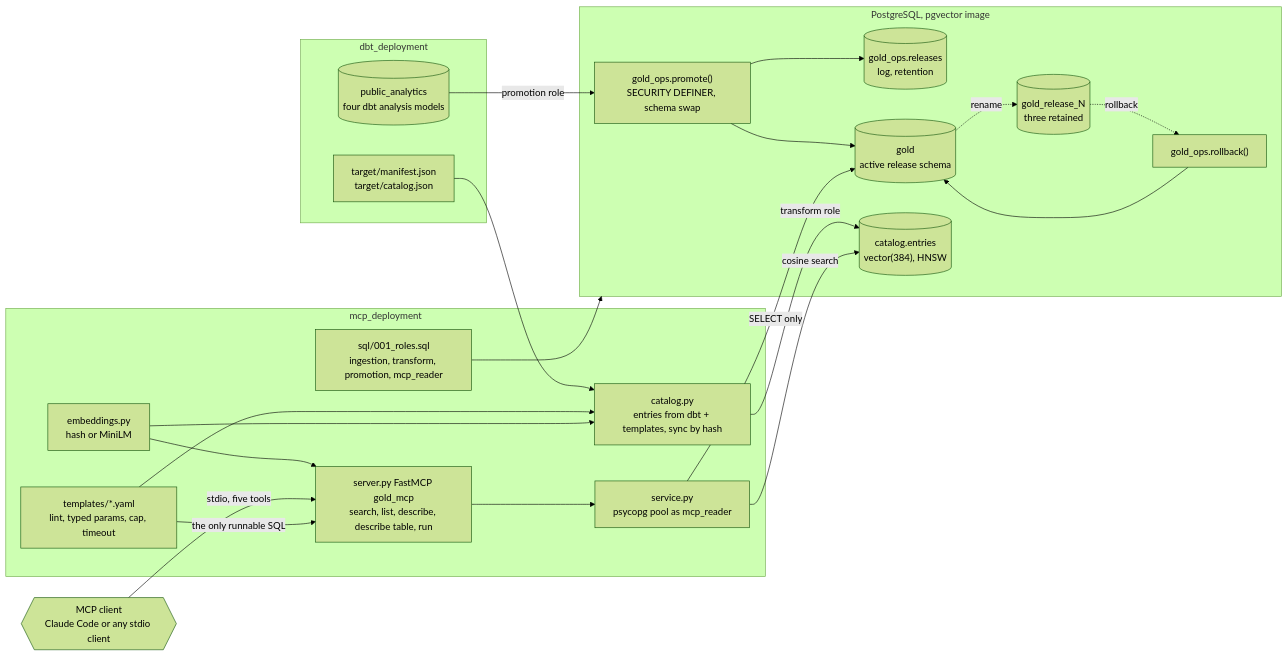
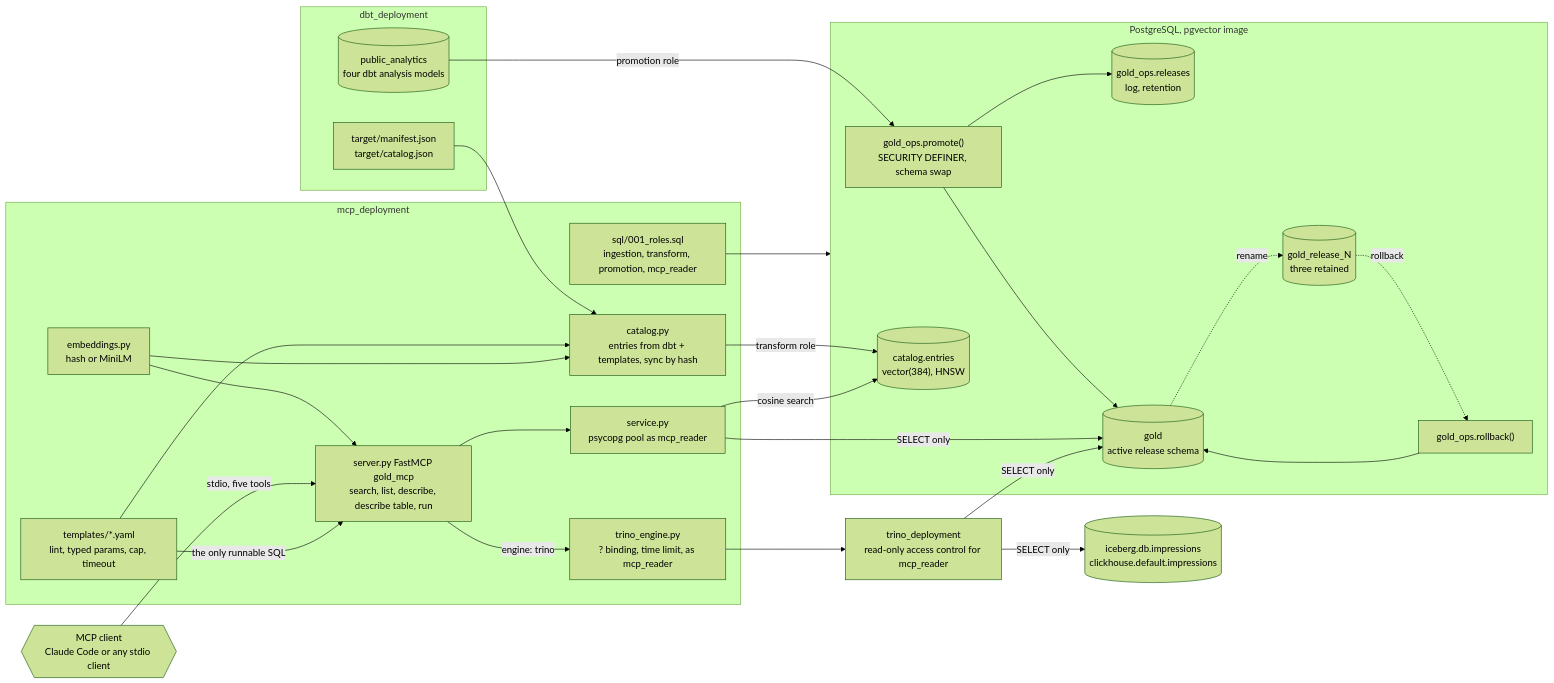
Before and after one commit to rubinder/data_processing: the diagram in mcp_deployment/README.md, drawn with Mermaid (forest theme). The commit also changed other lines of this file and 32 other files, not shown here.

First line of the commit message:
Trino: ClickHouse catalog with a three-way reconciliation; Trino as a second engine behind the MCP templates

````diff
--- a/mcp_deployment/README.md
+++ b/mcp_deployment/README.md
@@ -26,40 +26,46 @@
 ```mermaid
 flowchart LR
     subgraph dbtmod["dbt_deployment"]
         analytics[("public_analytics<br/>four dbt analysis models")]
         manifest["target/manifest.json<br/>target/catalog.json"]
     end
     subgraph pg["PostgreSQL, pgvector image"]
         promote["gold_ops.promote()<br/>SECURITY DEFINER, schema swap"]
         rollback["gold_ops.rollback()"]
         releases[("gold_ops.releases<br/>log, retention")]
         gold[("gold<br/>active release schema")]
         prev[("gold_release_N<br/>three retained")]
         entries[("catalog.entries<br/>vector(384), HNSW")]
     end
     subgraph module["mcp_deployment"]
         roles["sql/001_roles.sql<br/>ingestion, transform, promotion, mcp_reader"]
         catalog["catalog.py<br/>entries from dbt + templates, sync by hash"]
         tmpl["templates/*.yaml<br/>lint, typed params, cap, timeout"]
         server["server.py FastMCP gold_mcp<br/>search, list, describe, describe table, run"]
         pool["service.py<br/>psycopg pool as mcp_reader"]
+        tengine["trino_engine.py<br/>? binding, time limit, as mcp_reader"]
         embed["embeddings.py<br/>hash or MiniLM"]
     end
+    trino["trino_deployment<br/>read-only access control for mcp_reader"]
+    lake[("iceberg.db.impressions<br/>clickhouse.default.impressions")]
     agent{{"MCP client<br/>Claude Code or any stdio client"}}
     roles --> pg
     analytics -->|"promotion role"| promote
     promote --> gold
     promote --> releases
     gold -.->|"rename"| prev
     prev -.->|"rollback"| rollback --> gold
     manifest --> catalog
     tmpl --> catalog
     catalog -->|"transform role"| entries
     embed --> catalog
     embed --> server
     agent -->|"stdio, five tools"| server
     server --> pool
     pool -->|"SELECT only"| gold
     pool -->|"cosine search"| entries
     tmpl -->|"the only runnable SQL"| server
+    server -->|"engine: trino"| tengine --> trino
+    trino -->|"SELECT only"| gold
+    trino -->|"SELECT only"| lake
 ```
````
